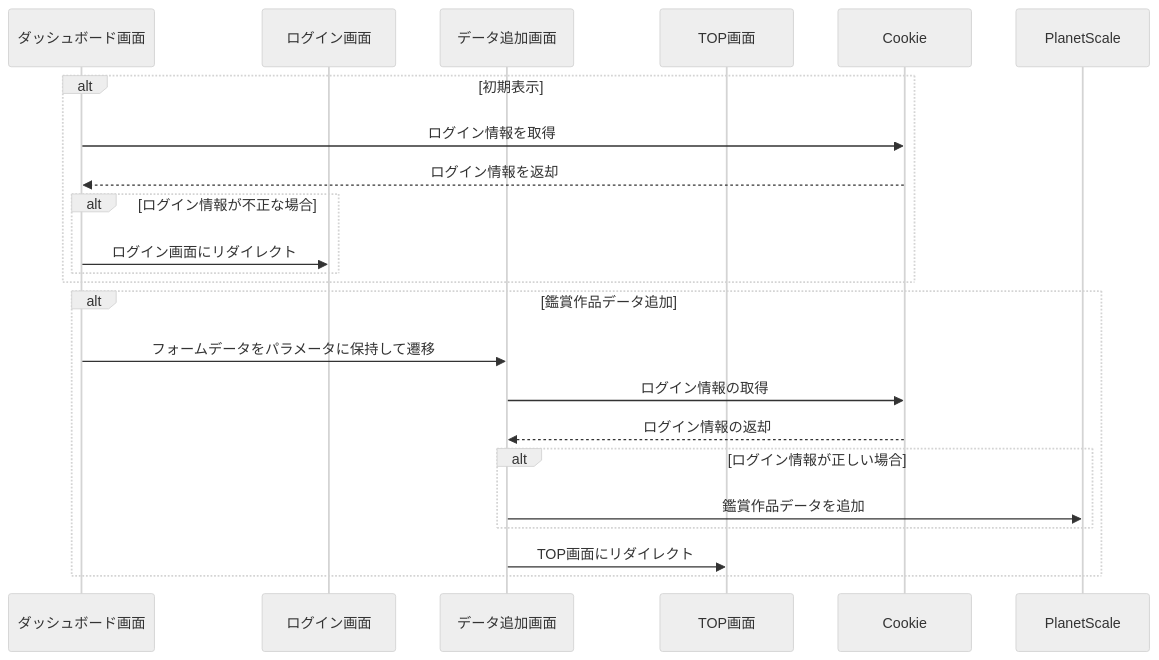
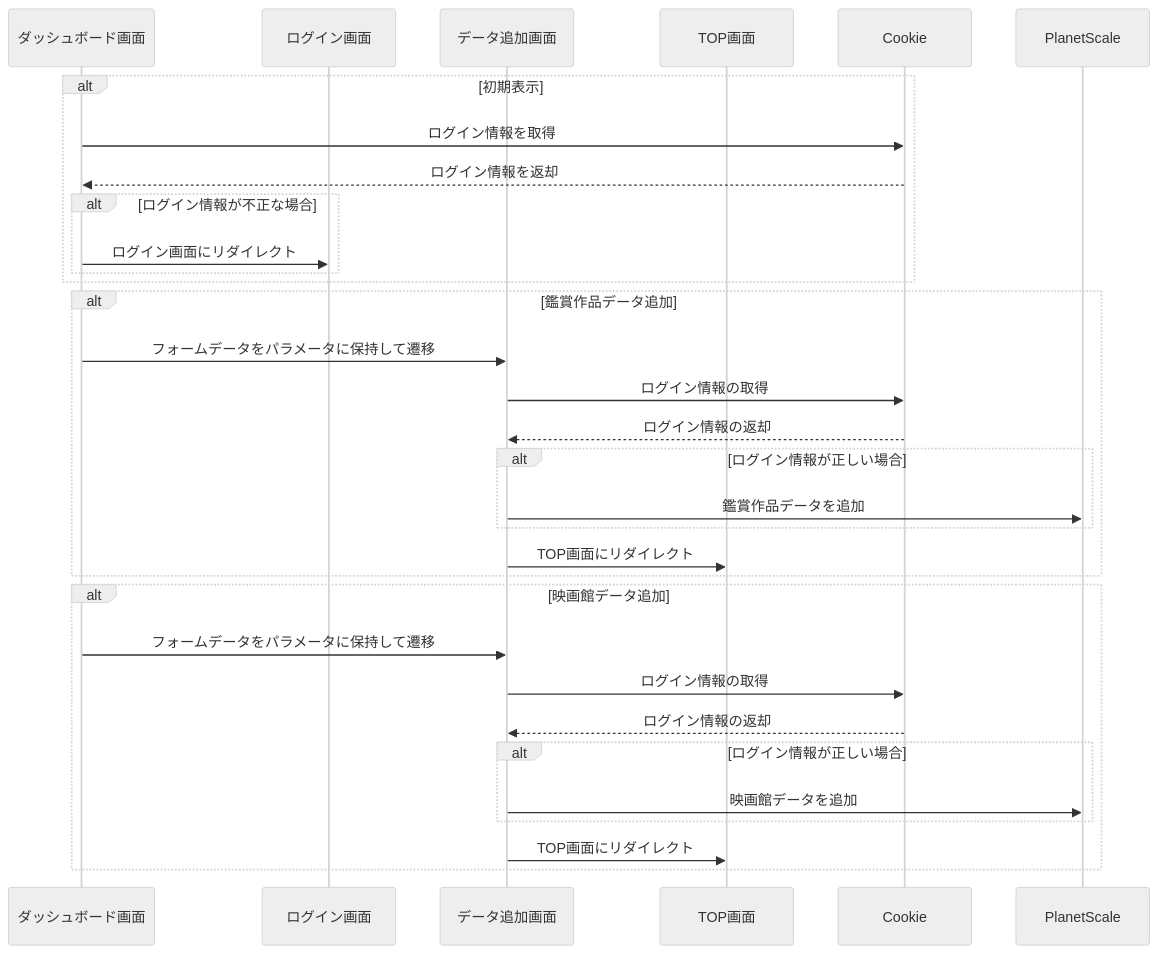
One commit to windchime-yk/cinelog changed the sixth of 6 diagrams in README.md. Above: the diagram before and after it, drawn with Mermaid (neutral theme). The commit also changed 6 other files, not shown here.

````diff
--- a/README.md
+++ b/README.md
@@ -99,27 +99,37 @@
 ```mermaid
 sequenceDiagram
   participant dashboardpage as ダッシュボード画面
   participant loginpage as ログイン画面
   participant redirect as データ追加画面
   participant toppage as TOP画面
   participant cookie as Cookie
   participant db as PlanetScale
   
   alt 初期表示
     dashboardpage ->> cookie : ログイン情報を取得
     cookie -->> dashboardpage : ログイン情報を返却
     alt ログイン情報が不正な場合
       dashboardpage ->> loginpage : ログイン画面にリダイレクト
     end
   end
   
   alt 鑑賞作品データ追加
     dashboardpage ->> redirect : フォームデータをパラメータに保持して遷移
     redirect ->> cookie : ログイン情報の取得
     cookie -->> redirect : ログイン情報の返却
     alt ログイン情報が正しい場合
       redirect ->> db : 鑑賞作品データを追加
     end
     redirect ->> toppage : TOP画面にリダイレクト
   end
+
+  alt 映画館データ追加
+    dashboardpage ->> redirect : フォームデータをパラメータに保持して遷移
+    redirect ->> cookie : ログイン情報の取得
+    cookie -->> redirect : ログイン情報の返却
+    alt ログイン情報が正しい場合
+      redirect ->> db : 映画館データを追加
+    end
+    redirect ->> toppage : TOP画面にリダイレクト
+  end
 ```
````
